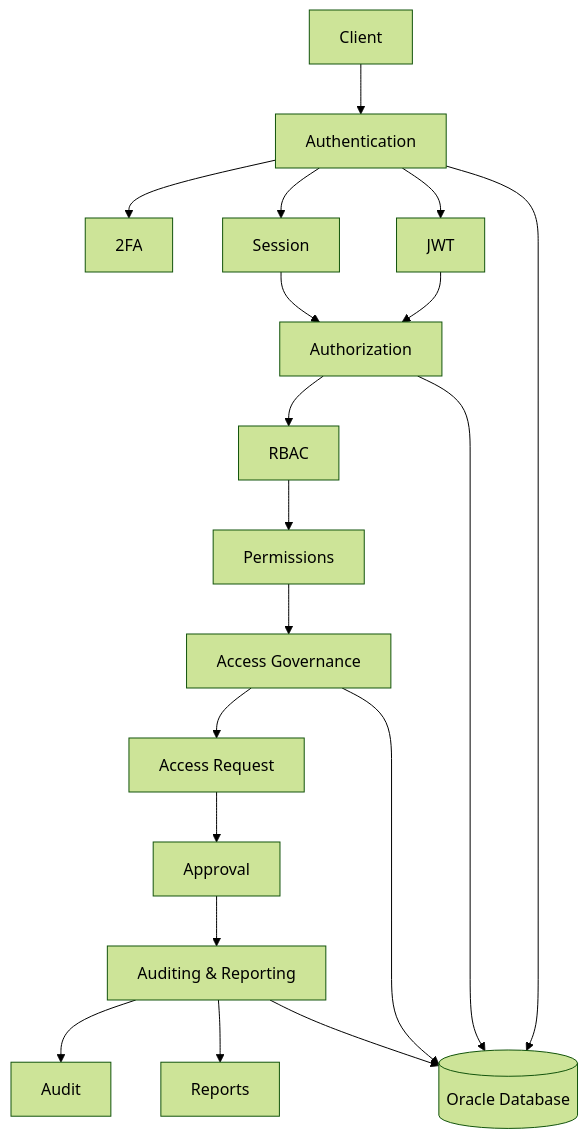
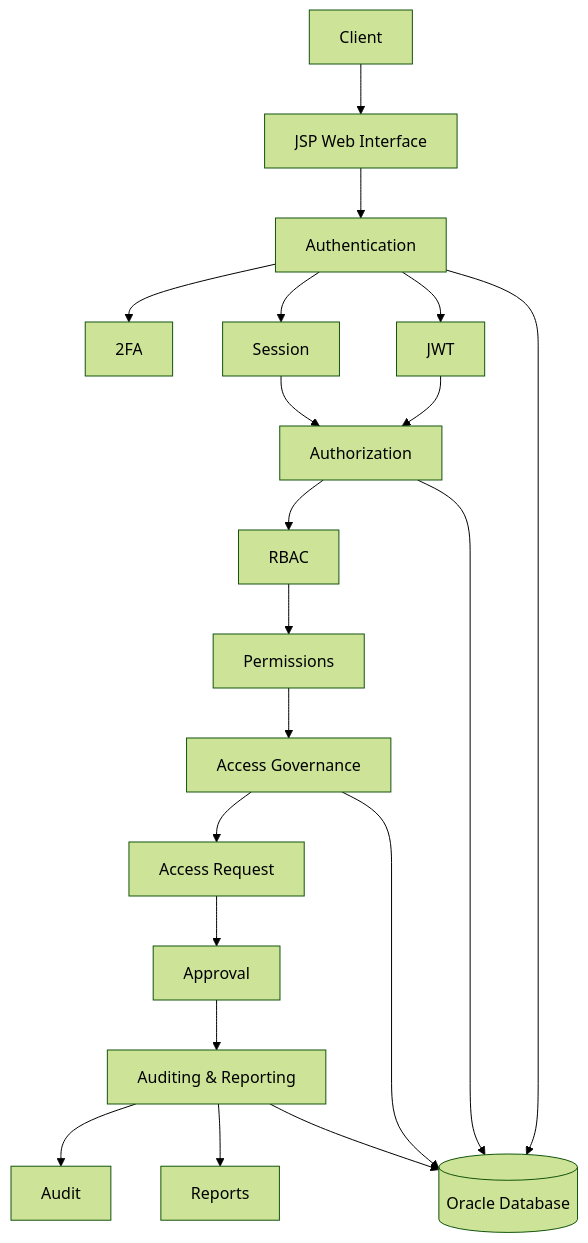
Before and after one commit to MotionPrograming/AuthorizationManagementSystem: diagram 18 of 18 in README.md, drawn with Mermaid (forest theme). The commit also changed other lines of this file, not shown here.

````diff
--- a/README.md
+++ b/README.md
@@ -1402,48 +1483,52 @@
 ```mermaid
 flowchart TB
     CLIENT["Client"]
-    
+
+    UI["JSP Web Interface"]
+
     AUTHENTICATION["Authentication"]
     TWOFA["2FA"]
     SESSION["Session"]
     JWT["JWT"]
-    
+
     AUTHORIZATION["Authorization"]
     RBAC["RBAC"]
     PERMISSION["Permissions"]
-    
+
     GOVERNANCE["Access Governance"]
     REQUEST["Access Request"]
     APPROVAL["Approval"]
-    
+
     AUDITING["Auditing & Reporting"]
     AUDIT["Audit"]
     REPORT["Reports"]
-    
+
     DATABASE[("Oracle Database")]
-    
-    CLIENT --> AUTHENTICATION
-    
+
+    CLIENT --> UI
+
+    UI --> AUTHENTICATION
+
     AUTHENTICATION --> TWOFA
     AUTHENTICATION --> SESSION
     AUTHENTICATION --> JWT
-    
+
     SESSION --> AUTHORIZATION
     JWT --> AUTHORIZATION
-    
+
     AUTHORIZATION --> RBAC
     RBAC --> PERMISSION
-    
+
     PERMISSION --> GOVERNANCE
     GOVERNANCE --> REQUEST
     REQUEST --> APPROVAL
-    
+
     APPROVAL --> AUDITING
     AUDITING --> AUDIT
     AUDITING --> REPORT
-    
+
     AUTHENTICATION --> DATABASE
     AUTHORIZATION --> DATABASE
     GOVERNANCE --> DATABASE
     AUDITING --> DATABASE
 ```
````
